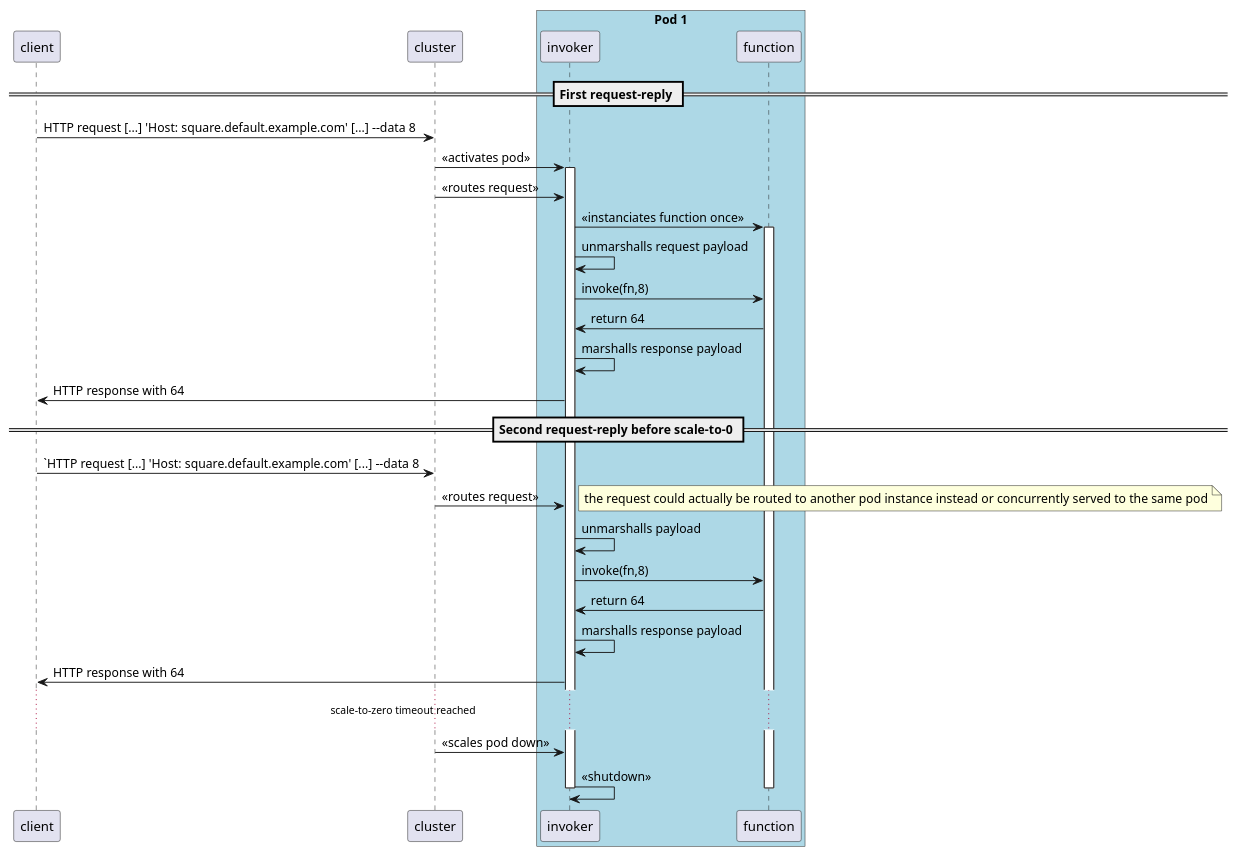
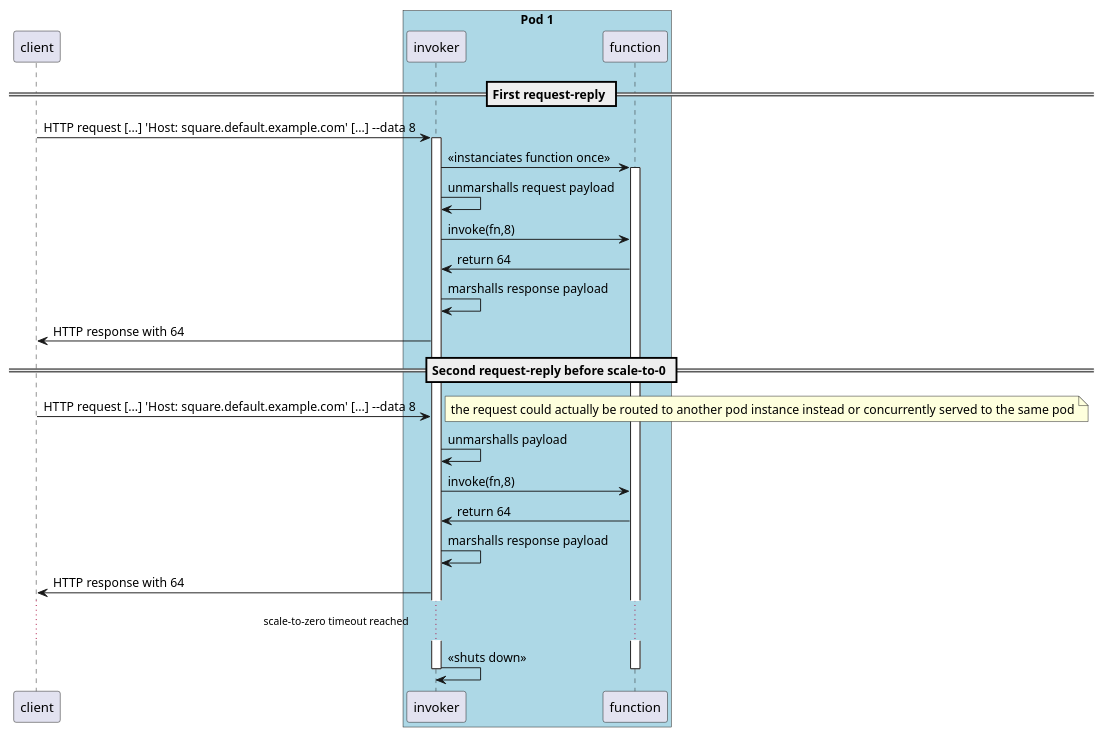
One commit to fbiville/riff-docs changed the first of 2 diagrams in streaming.adoc. Above: the diagram before and after it, drawn with PlantUML. The commit also changed other lines of this file, not shown here.

Commit message:
Remove cluster participant and change RLE example

```diff
--- a/streaming.adoc
+++ b/streaming.adoc
@@ -6,36 +8,31 @@
 [plantuml, format="png"]
 ----
 participant client
-participant cluster
 box "Pod 1" #LightBlue
 	participant invoker
 	participant function
 end box
 
 == First request-reply ==
-client -> cluster : HTTP request [...] 'Host: square.default.example.com' [...] --data 8
-cluster -> invoker : << activates pod >>
+client -> invoker : HTTP request [...] 'Host: square.default.example.com' [...] --data 8
 activate invoker
-cluster -> invoker : << routes request >>
 invoker -> function : << instanciates function once >>
 activate function
 invoker -> invoker : unmarshalls request payload
 invoker -> function : invoke(fn,8)
 function -> invoker : return 64
 invoker -> invoker : marshalls response payload
 invoker -> client : HTTP response with 64
 == Second request-reply before scale-to-0 ==
-client -> cluster : `HTTP request [...] 'Host: square.default.example.com' [...] --data 8
-cluster -> invoker : << routes request >>
+client -> invoker : HTTP request [...] 'Host: square.default.example.com' [...] --data 8
 note right: the request could actually be routed to another pod instance instead or concurrently served to the same pod 
 invoker -> invoker : unmarshalls payload
 invoker -> function : invoke(fn,8)
 function -> invoker : return 64
 invoker -> invoker : marshalls response payload
 invoker -> client : HTTP response with 64
 ...scale-to-zero timeout reached...
-cluster -> invoker : <<scales pod down>>
-invoker -> invoker : << shutdown >>
+invoker -> invoker : << shuts down >>
 deactivate function
 deactivate invoker
 ----
```
